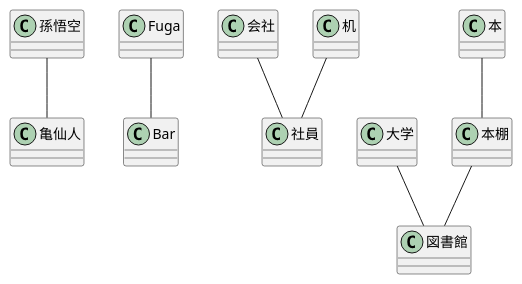
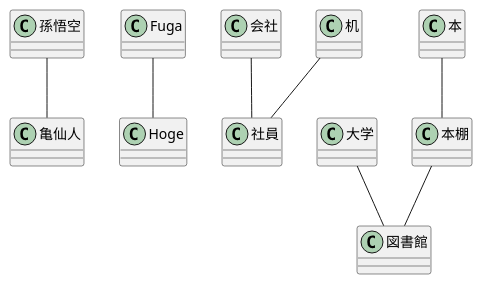
Before and after one commit to m-ohashi/class: the diagram in answer.puml, drawn with PlantUML. The commit also changed 1 other file, not shown here.

```diff
--- a/answer.puml
+++ b/answer.puml
@@ -1,14 +1,14 @@
 @startuml
 
 孫悟空 -- 亀仙人
 
-Fuga -- Bar
+Fuga -- Hoge
 
 会社 -- 社員
 机 -- 社員
 
 大学 -- 図書館
 本棚 -- 図書館
 本 -- 本棚
 
 @enduml
```
